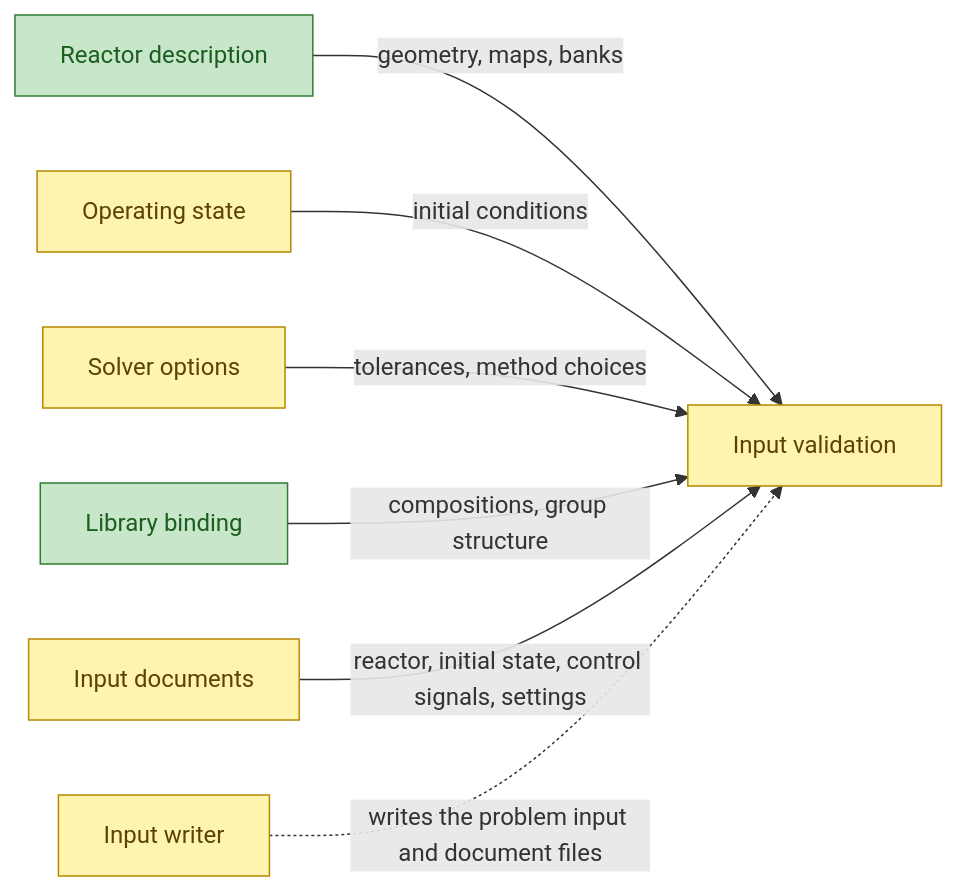
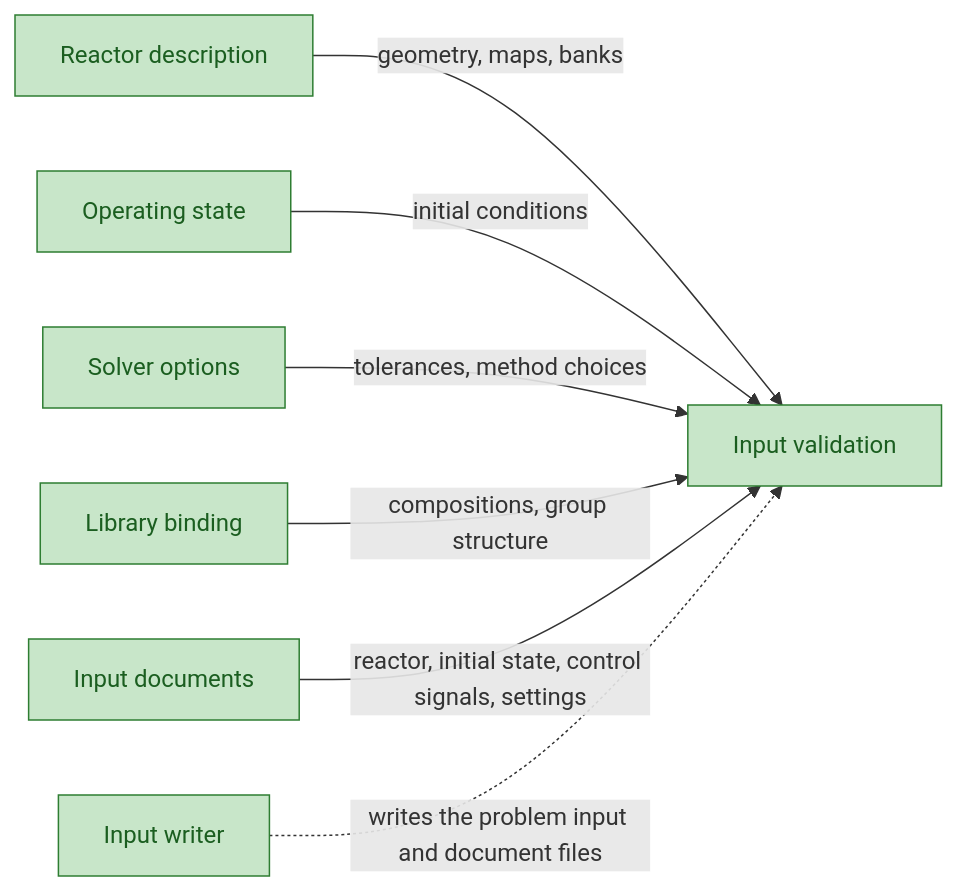
The second of 15 diagrams in Planning/DBC/CONCEPTS.md (aurja130/URUS), drawn with Mermaid before and after one commit. The commit also changed other lines of this file and 25 other files, not shown here.

First line of the commit message:
Deliver 1.3a: input documents (problem input format version 2)

````diff
--- a/Planning/DBC/CONCEPTS.md
+++ b/Planning/DBC/CONCEPTS.md
@@ -59,15 +57,14 @@
 ```mermaid
 flowchart LR
 classDef implemented fill:#c8e6c9,stroke:#2e7d32,color:#1b5e20
 classDef partial fill:#fff3b0,stroke:#b58900,color:#5c4400
 classDef planned stroke-dasharray:6 4
 classDef external fill:#eeeeee,stroke:#9e9e9e,stroke-dasharray:1 3,color:#616161
 ReactorDescription["Reactor description"] -->|geometry, maps, banks| InputValidation["Input validation"]
 OperatingState["Operating state"] -->|initial conditions| InputValidation
 SolverOptions["Solver options"] -->|tolerances, method choices| InputValidation
 LibraryBinding["Library binding"] -->|compositions, group structure| InputValidation
 InputDocuments["Input documents"] -->|reactor, initial state, control signals, settings| InputValidation
 InputWriter["Input writer"] -.->|writes the problem input and document files| InputValidation
-class ReactorDescription,LibraryBinding implemented
-class OperatingState,SolverOptions,InputValidation,InputWriter,InputDocuments partial
+class ReactorDescription,LibraryBinding,OperatingState,SolverOptions,InputValidation,InputWriter,InputDocuments implemented
 ```
````
